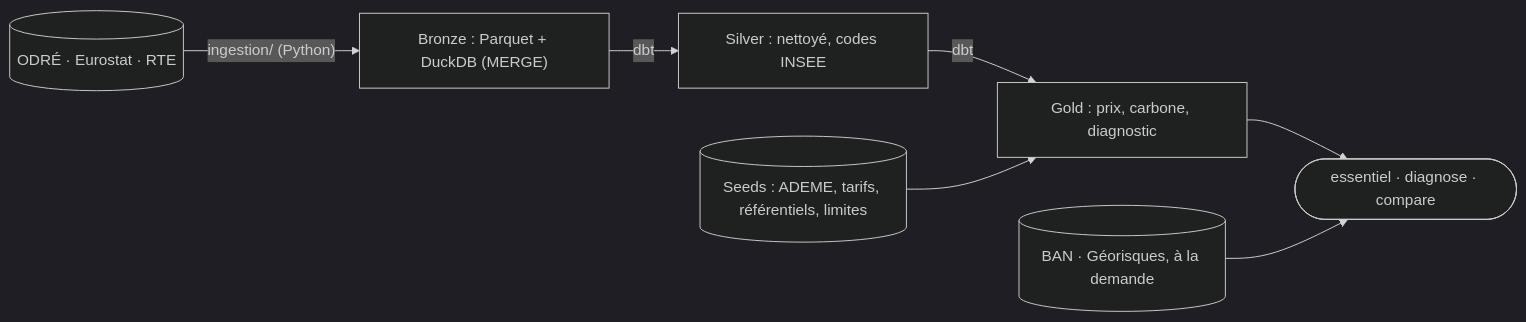
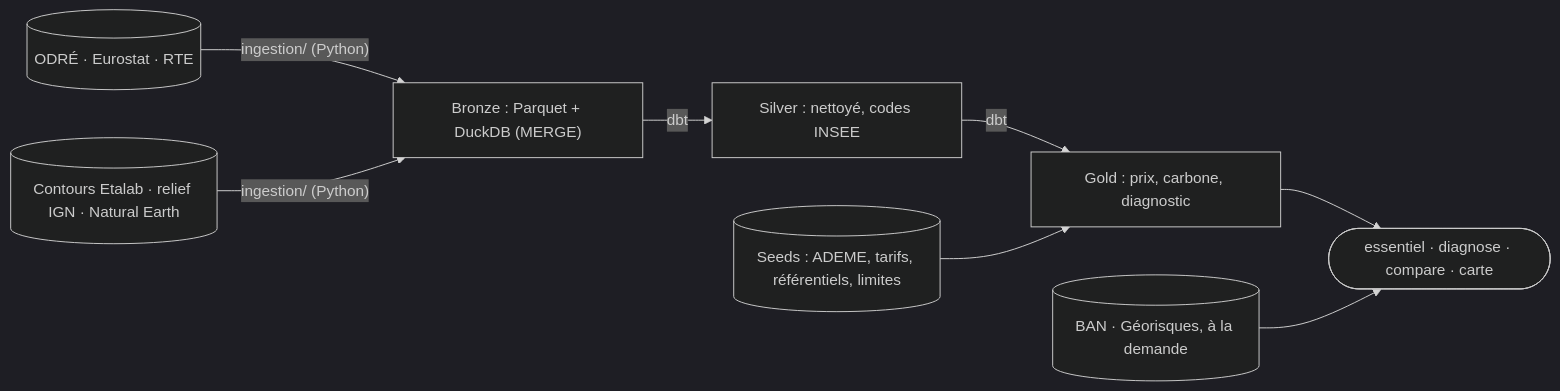
One commit to Elias-Ouafi/ou-brancher-mon-entreprise changed the diagram in README.md. Above: the diagram before and after it, drawn with Mermaid (dark theme). The commit also changed other lines of this file and 14 other files, not shown here.

First line of the commit message:
Carte 3D des territoires : relief IGN, lentilles, outre-mer en encarts

````diff
--- a/README.md
+++ b/README.md
@@ -83,9 +98,10 @@
 ```mermaid
 flowchart LR
     SRC[("ODRÉ · Eurostat · RTE")] -->|"ingestion/ (Python)"| B["Bronze : Parquet + DuckDB (MERGE)"]
     B -->|dbt| S["Silver : nettoyé, codes INSEE"]
     S -->|dbt| G["Gold : prix, carbone, diagnostic"]
     SEEDS[("Seeds : ADEME, tarifs, référentiels, limites")] --> G
-    G --> CLI(["essentiel · diagnose · compare"])
+    GEO[("Contours Etalab · relief IGN · Natural Earth")] -->|"ingestion/ (Python)"| B
+    G --> CLI(["essentiel · diagnose · compare · carte"])
     BAN[("BAN · Géorisques, à la demande")] --> CLI
 ```
````
